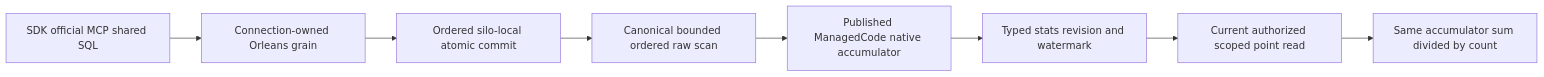
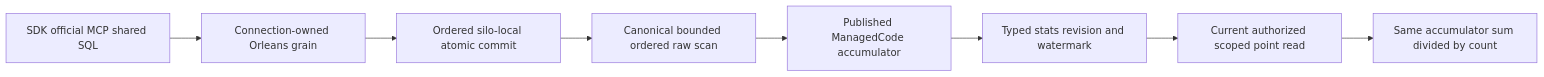
The diagram in docs/ADR/ADR-120-bounded-persisted-series-rollups.md (managedcode/KeyLoad), drawn with Mermaid before and after one commit. The commit also changed other lines of this file and 9016 other files, not shown here.

````diff
--- a/docs/ADR/ADR-120-bounded-persisted-series-rollups.md
+++ b/docs/ADR/ADR-120-bounded-persisted-series-rollups.md
@@ -24,10 +24,10 @@
 ```mermaid
 flowchart LR
   Caller[SDK official MCP shared SQL] --> Request[Connection-owned Orleans grain]
   Request --> Apply[Ordered silo-local atomic commit]
   Apply --> Raw[Canonical bounded ordered raw scan]
-  Raw --> Native[Published ManagedCode native accumulator]
-  Native --> Bucket[Typed stats revision and watermark]
+  Raw --> Execution[Published ManagedCode accumulator]
+  Execution --> Bucket[Typed stats revision and watermark]
   Bucket --> Read[Current authorized scoped point read]
   Read --> Mean[Same accumulator sum divided by count]
 ```
````
